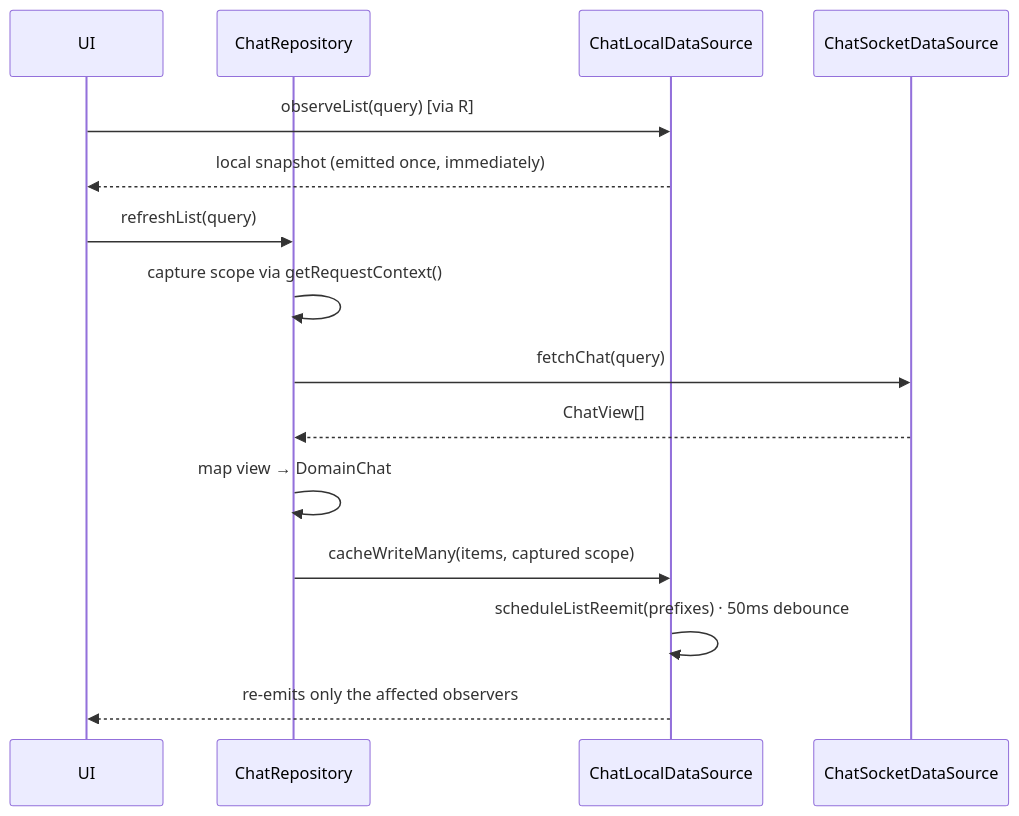
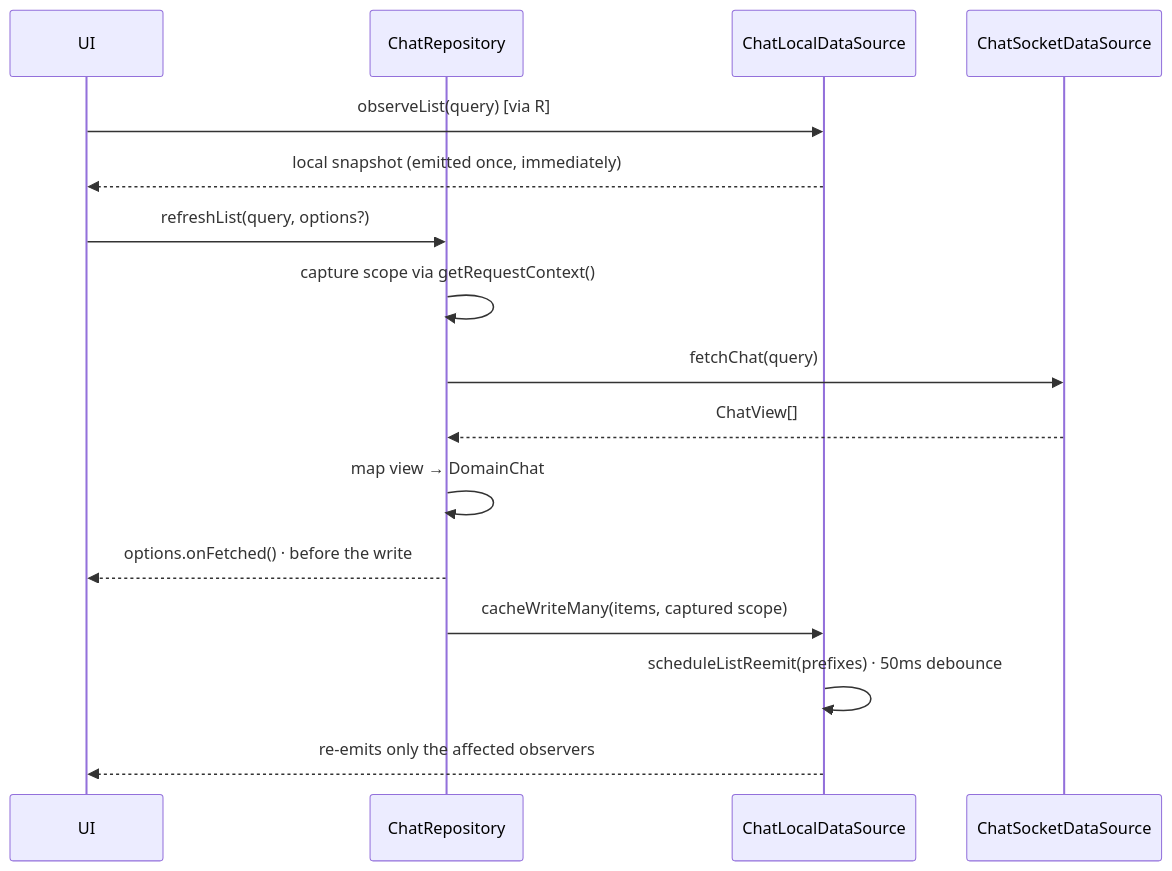
One commit to lemoncloud-io/dou-app changed the second of 2 diagrams in libs/data/README.md. Above: the diagram before and after it, drawn with Mermaid. The commit also changed 12 other files, not shown here.

````diff
--- a/libs/data/README.md
+++ b/libs/data/README.md
@@ -83,19 +83,20 @@
 ```mermaid
 sequenceDiagram
     participant UI
     participant R as ChatRepository
     participant L as ChatLocalDataSource
     participant S as ChatSocketDataSource
 
     UI->>L: observeList(query) [via R]
     L-->>UI: local snapshot (emitted once, immediately)
 
-    UI->>R: refreshList(query)
+    UI->>R: refreshList(query, options?)
     R->>R: capture scope via getRequestContext()
     R->>S: fetchChat(query)
     S-->>R: ChatView[]
     R->>R: map view → DomainChat
+    R-->>UI: options.onFetched() · before the write
     R->>L: cacheWriteMany(items, captured scope)
     L->>L: scheduleListReemit(prefixes) · 50ms debounce
     L-->>UI: re-emits only the affected observers
 ```
````
